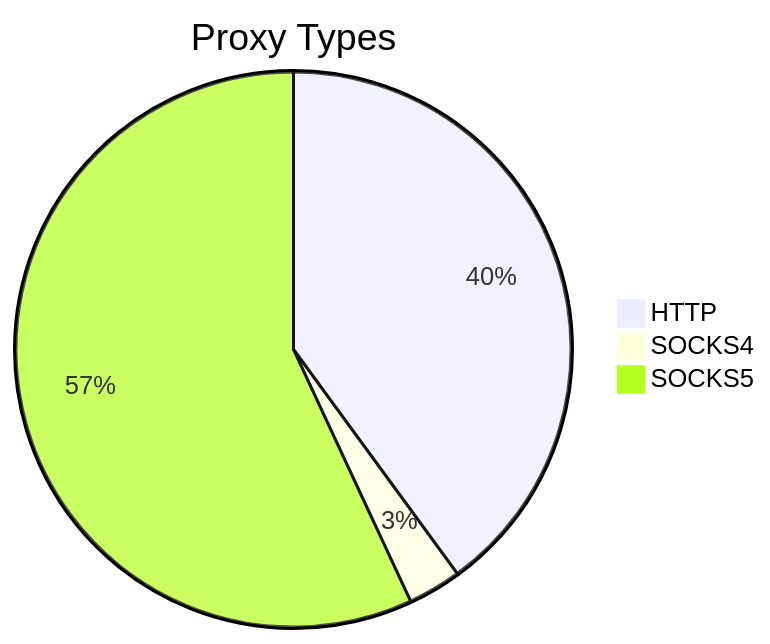
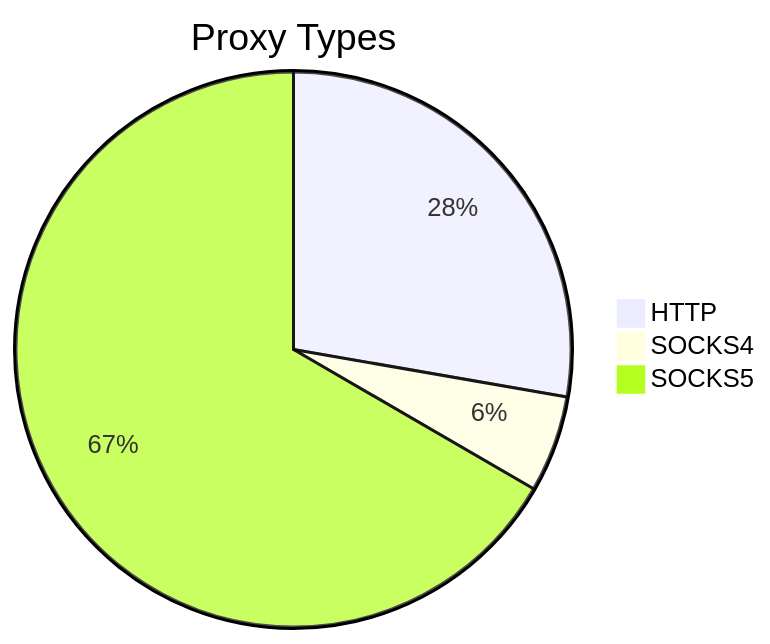
One commit to stormsia/proxy-list changed the first of 2 diagrams in README.md. Above: the diagram before and after it, drawn with Mermaid. The commit also changed other lines of this file, not shown here.

````diff
--- a/README.md
+++ b/README.md
@@ -21,6 +21,6 @@
 ```mermaid
 pie title Proxy Types
-    "HTTP" : 346
-    "SOCKS4" : 27
-    "SOCKS5" : 493
+    "HTTP" : 517
+    "SOCKS4" : 105
+    "SOCKS5" : 1242
 ```
````
